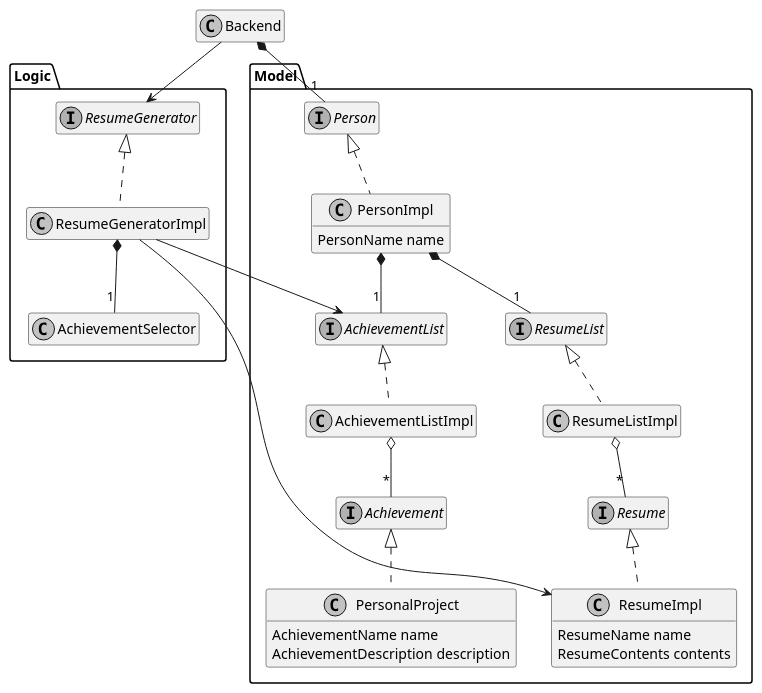
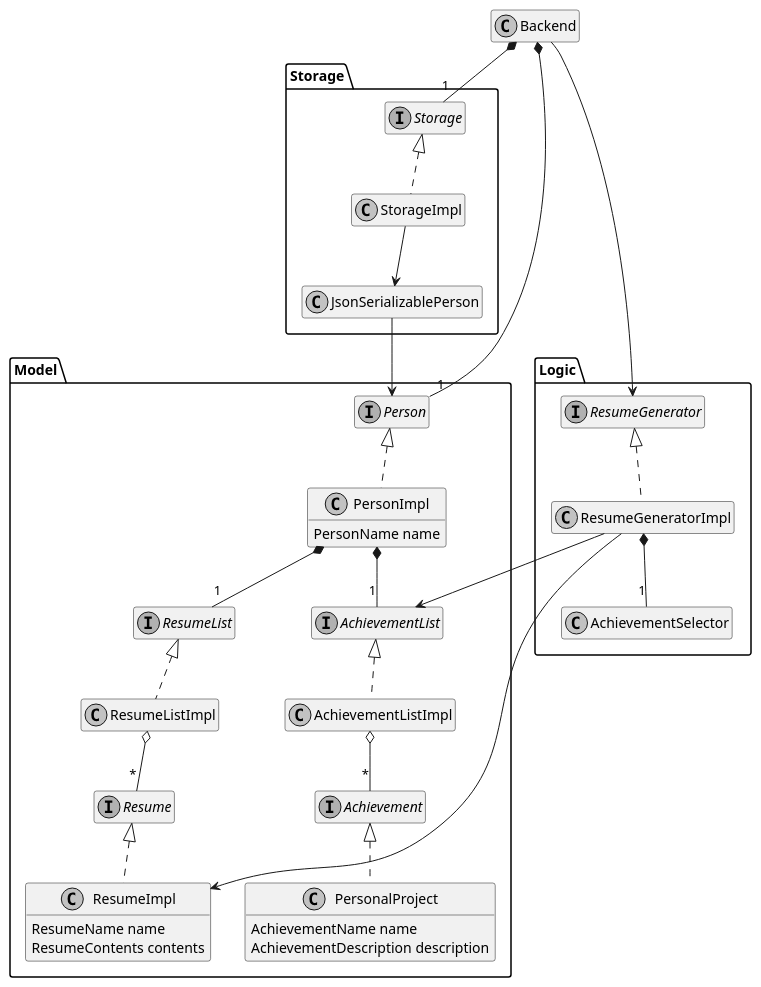
One commit to marckysan/ResuMe changed the diagram in docs/diagrams/BackendClassDiagram.puml. Above: the diagram before and after it, drawn with PlantUML. The commit also changed 20 other files, not shown here.

Commit message:
Implement JsonSerializablePerson

```diff
--- a/docs/diagrams/BackendClassDiagram.puml
+++ b/docs/diagrams/BackendClassDiagram.puml
@@ -1,56 +1,69 @@
 @startuml
 
 skinparam monochrome true
 hide empty members
 
 class Backend
 Backend --> Logic.ResumeGenerator
 Backend *-- "1" Model.Person
+Backend *-- "1" Storage.Storage
+
+namespace Storage {
+
+interface Storage
+class StorageImpl
+Storage <|.. StorageImpl
+
+class JsonSerializablePerson
+StorageImpl --> JsonSerializablePerson
+JsonSerializablePerson --> Model.Person
+
+}
 
 namespace Logic {
 
 interface ResumeGenerator
 class ResumeGeneratorImpl
 class AchievementSelector
 
 ResumeGenerator <|.. ResumeGeneratorImpl
 ResumeGeneratorImpl *-- "1" AchievementSelector
 ResumeGeneratorImpl --> Model.ResumeImpl
 ResumeGeneratorImpl --> Model.AchievementList
 }
 
 namespace Model {
 
 interface Person
 class PersonImpl {
     PersonName name
 }
 Person <|.. PersonImpl
 PersonImpl *-- "1" AchievementList
 PersonImpl *-- "1" ResumeList
 
 interface Achievement
 class PersonalProject {
     AchievementName name
     AchievementDescription description
 }
 interface AchievementList
 class AchievementListImpl
 Achievement <|.. PersonalProject
 AchievementList <|.. AchievementListImpl
 AchievementListImpl o-- "*" Achievement
 
 interface Resume
 class ResumeImpl {
     ResumeName name
     ResumeContents contents
 }
 interface ResumeList
 class ResumeListImpl
 Resume <|.. ResumeImpl
 ResumeList <|.. ResumeListImpl
 ResumeListImpl o-- "*" Resume
 
 }
 
 @enduml
```
